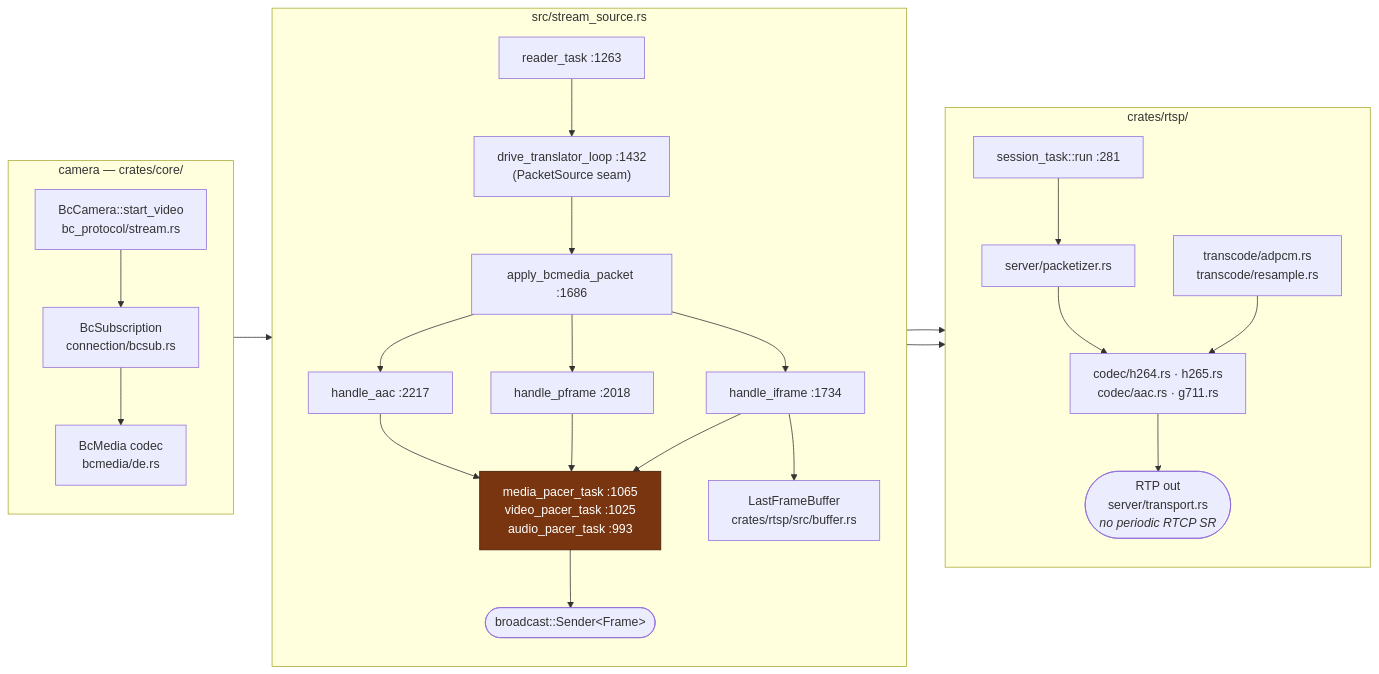
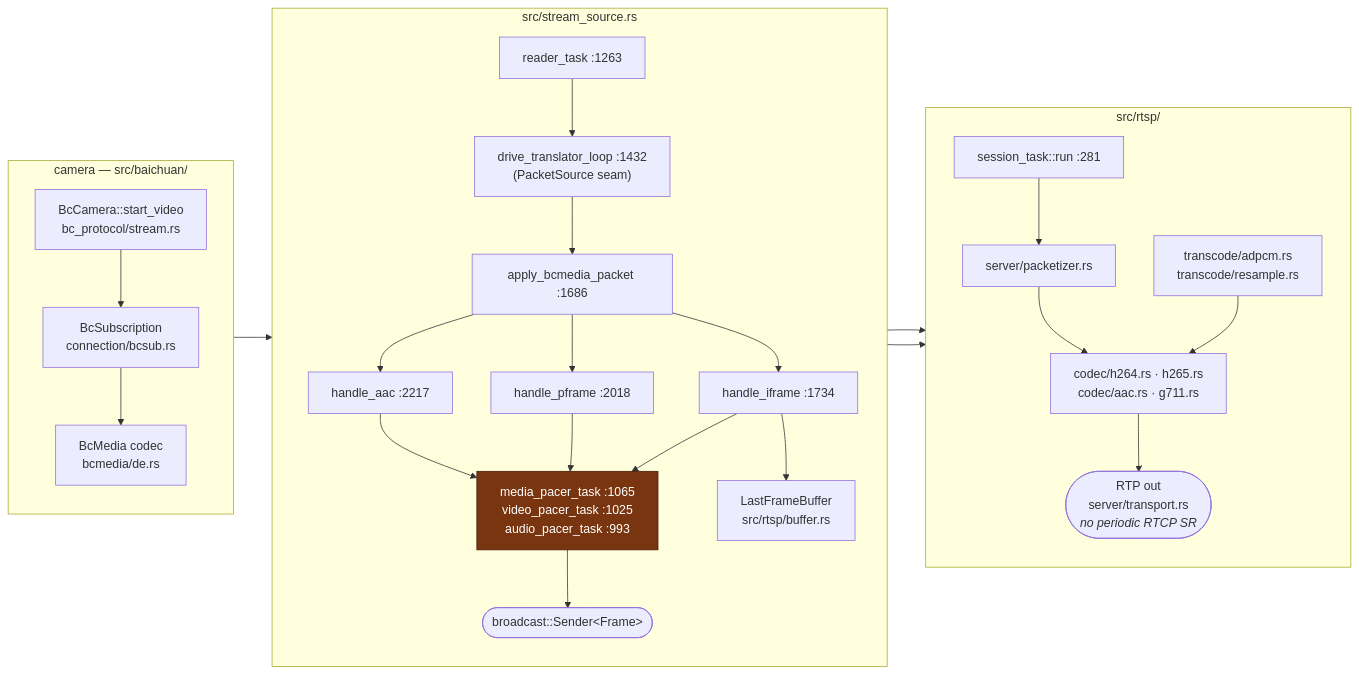
Before and after one commit to hsoj/bairelay: the fifth of 14 diagrams in docs/code-paths.md, drawn with Mermaid. The commit also changed other lines of this file and 369 other files, not shown here.

````diff
--- a/docs/code-paths.md
+++ b/docs/code-paths.md
@@ -267,52 +267,52 @@
 ```mermaid
 flowchart LR
-    subgraph CAM ["camera — crates/core/"]
+    subgraph CAM ["camera — src/baichuan/"]
         direction TB
         C1["BcCamera::start_video<br/>bc_protocol/stream.rs"]
         C2["BcSubscription<br/>connection/bcsub.rs"]
         C3["BcMedia codec<br/>bcmedia/de.rs"]
         C1 --> C2 --> C3
     end
 
     subgraph SRC ["src/stream_source.rs"]
         direction TB
         R["reader_task :1263"]
         T["drive_translator_loop :1432<br/>(PacketSource seam)"]
         AP["apply_bcmedia_packet :1686"]
         IF["handle_iframe :1734"]
         PF["handle_pframe :2018"]
         AA["handle_aac :2217"]
         PACE["media_pacer_task :1065<br/>video_pacer_task :1025<br/>audio_pacer_task :993"]
         BC(["broadcast::Sender&lt;Frame&gt;"])
-        LFB["LastFrameBuffer<br/>crates/rtsp/src/buffer.rs"]
+        LFB["LastFrameBuffer<br/>src/rtsp/buffer.rs"]
 
         R --> T --> AP
         AP --> IF
         AP --> PF
         AP --> AA
         IF --> PACE
         PF --> PACE
         AA --> PACE
         PACE --> BC
         IF --> LFB
     end
 
-    subgraph OUT ["crates/rtsp/"]
+    subgraph OUT ["src/rtsp/"]
         direction TB
         SUB["session_task::run :281"]
         PK["server/packetizer.rs"]
         CD["codec/h264.rs · h265.rs<br/>codec/aac.rs · g711.rs"]
         TR["transcode/adpcm.rs<br/>transcode/resample.rs"]
         RTP(["RTP out<br/>server/transport.rs<br/><i>no periodic RTCP SR</i>"])
 
         SUB --> PK --> CD --> RTP
         TR --> CD
     end
 
     C3 --> R
     BC --> SUB
     LFB --> SUB
 
     classDef gap fill:#78350f,stroke:#451a03,color:#fff
     class PACE gap
 ```
````
